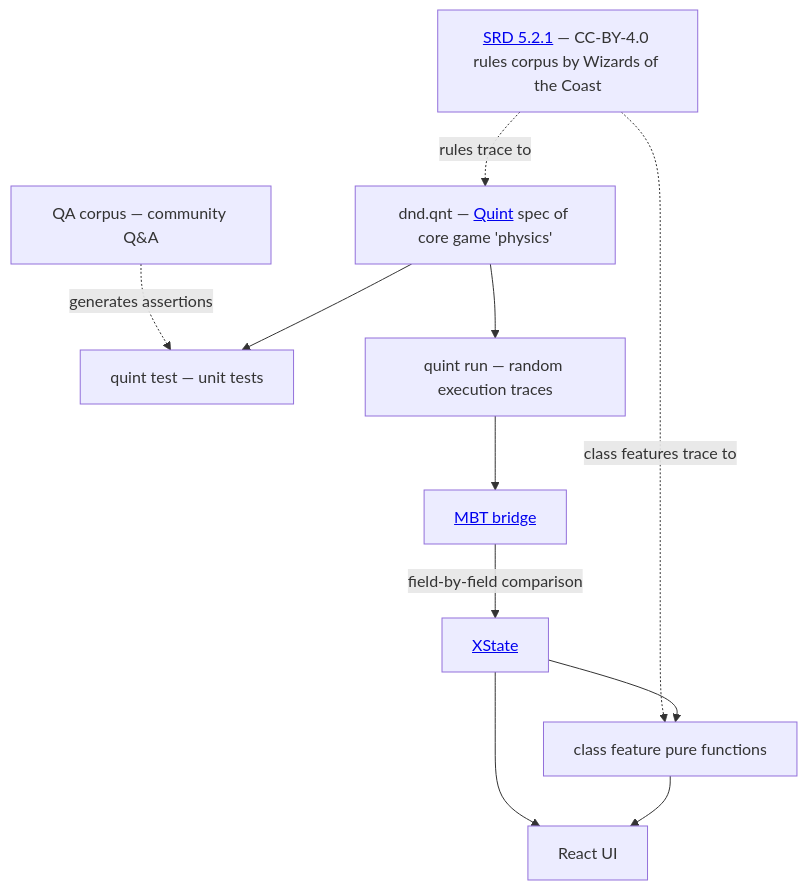
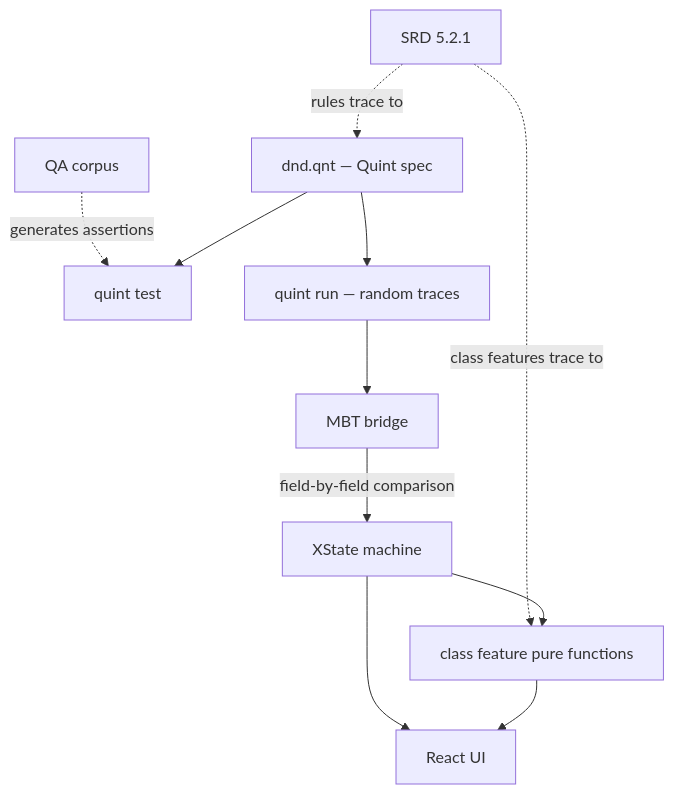
Before and after one commit to dearlordylord/5e-quint: the diagram in README.md, drawn with Mermaid. The commit also changed other lines of this file and 1 other file, not shown here.

First line of the commit message:
docs: consolidate ARCHITECTURE into README, frame as single-actor rules engine

````diff
--- a/README.md
+++ b/README.md
@@ -9,13 +9,13 @@
 ```mermaid
 graph TD
-    SRD["<a href='https://www.dndbeyond.com/resources/1781-systems-reference-document-srd'>SRD 5.2.1</a> — CC-BY-4.0 rules corpus by Wizards of the Coast"] -.->|rules trace to| SPEC
+    SRD["SRD 5.2.1"] -.->|rules trace to| SPEC
     SRD -.->|class features trace to| FEATURES
-    QA[QA corpus — community Q&A] -.->|generates assertions| TEST
-    SPEC["dnd.qnt — <a href='https://github.com/informalsystems/quint'>Quint</a> spec of core game 'physics'"] --> TEST[quint test — unit tests]
-    SPEC --> TRACES[quint run — random execution traces]
-    TRACES --> MBT["<a href='https://github.com/dearlordylord/quint-connect-ts'>MBT bridge</a>"]
-    MBT -->|field-by-field comparison| XSTATE["<a href='https://xstate.js.org/'>XState</a>"]
+    QA[QA corpus] -.->|generates assertions| TEST
+    SPEC["dnd.qnt — Quint spec"] --> TEST[quint test]
+    SPEC --> TRACES[quint run — random traces]
+    TRACES --> MBT["MBT bridge"]
+    MBT -->|field-by-field comparison| XSTATE["XState machine"]
     XSTATE --> FEATURES[class feature pure functions]
     XSTATE --> UI[React UI]
     FEATURES --> UI
 ```
````
